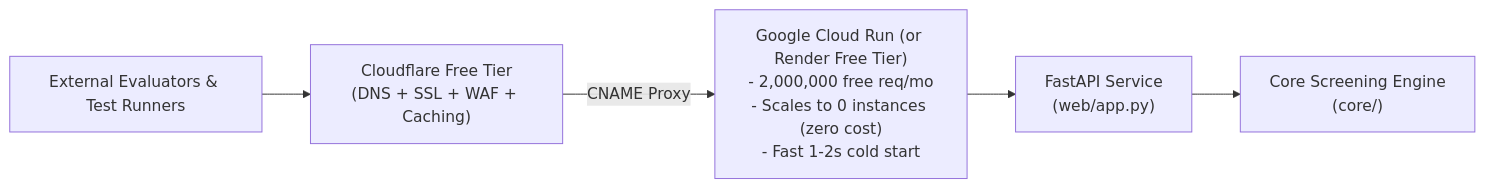
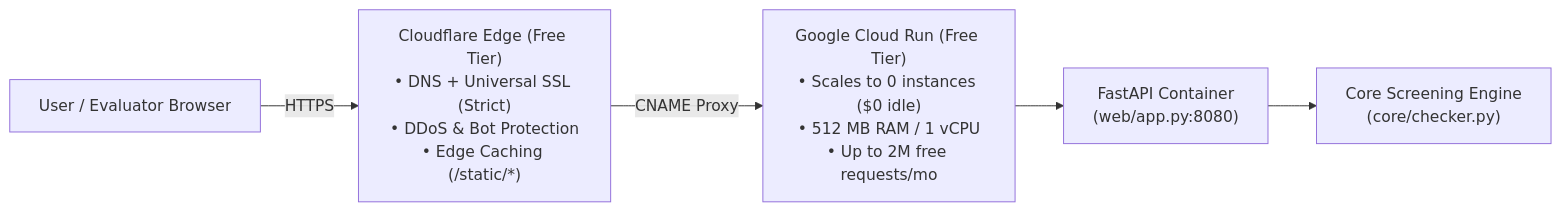
One commit to ibrahimdiallo8741/ada-pdf-accessibility-checker changed the second of 3 diagrams in docs/WEB_HOSTING_AND_ARCHITECTURE_PLAN.md. Above: the diagram before and after it, drawn with Mermaid. The commit also changed other lines of this file and 8 other files, not shown here.

````diff
--- a/docs/WEB_HOSTING_AND_ARCHITECTURE_PLAN.md
+++ b/docs/WEB_HOSTING_AND_ARCHITECTURE_PLAN.md
@@ -70,7 +76,7 @@
 ```mermaid
 flowchart LR
-    Browser["External Evaluators & Test Runners"] --> Cloudflare["Cloudflare Free Tier<br/>(DNS + SSL + WAF + Caching)"]
-    Cloudflare -->|CNAME Proxy| CloudRun["Google Cloud Run (or Render Free Tier)<br/>- 2,000,000 free req/mo<br/>- Scales to 0 instances (zero cost)<br/>- Fast 1-2s cold start"]
-    CloudRun --> FastAPI["FastAPI Service<br/>(web/app.py)"]
-    FastAPI --> Engine["Core Screening Engine<br/>(core/)"]
+    Browser["User / Evaluator Browser"] -->|HTTPS| CF["Cloudflare Edge (Free Tier)<br/>• DNS + Universal SSL (Strict)<br/>• DDoS & Bot Protection<br/>• Edge Caching (/static/*)"]
+    CF -->|CNAME Proxy| CloudRun["Google Cloud Run (Free Tier)<br/>• Scales to 0 instances ($0 idle)<br/>• 512 MB RAM / 1 vCPU<br/>• Up to 2M free requests/mo"]
+    CloudRun --> FastAPI["FastAPI Container<br/>(web/app.py:8080)"]
+    FastAPI --> Engine["Core Screening Engine<br/>(core/checker.py)"]
 ```
````
